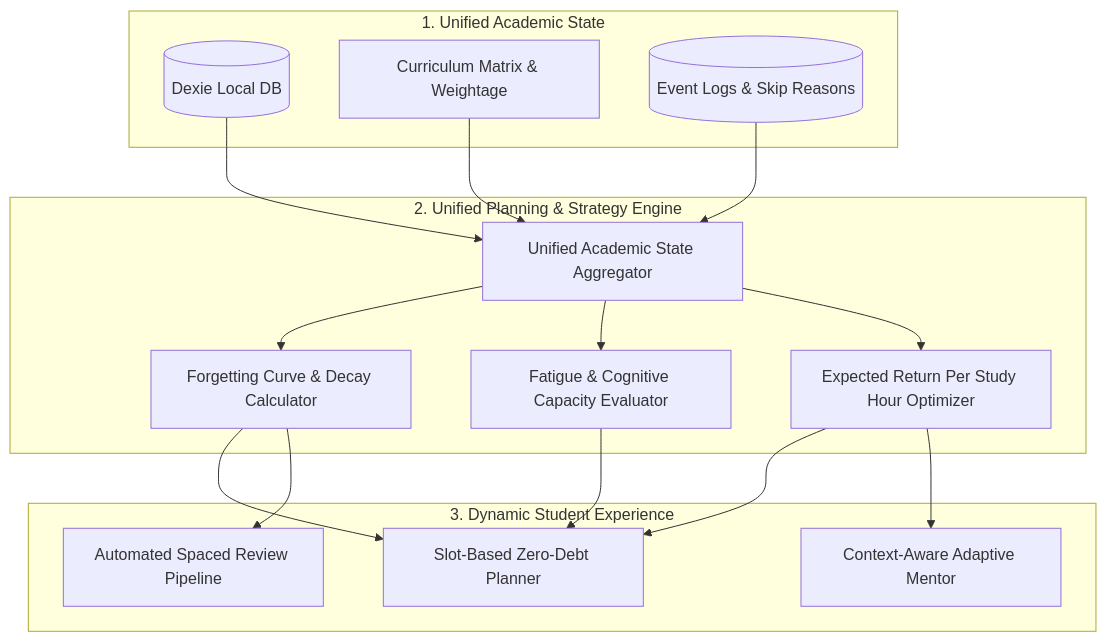
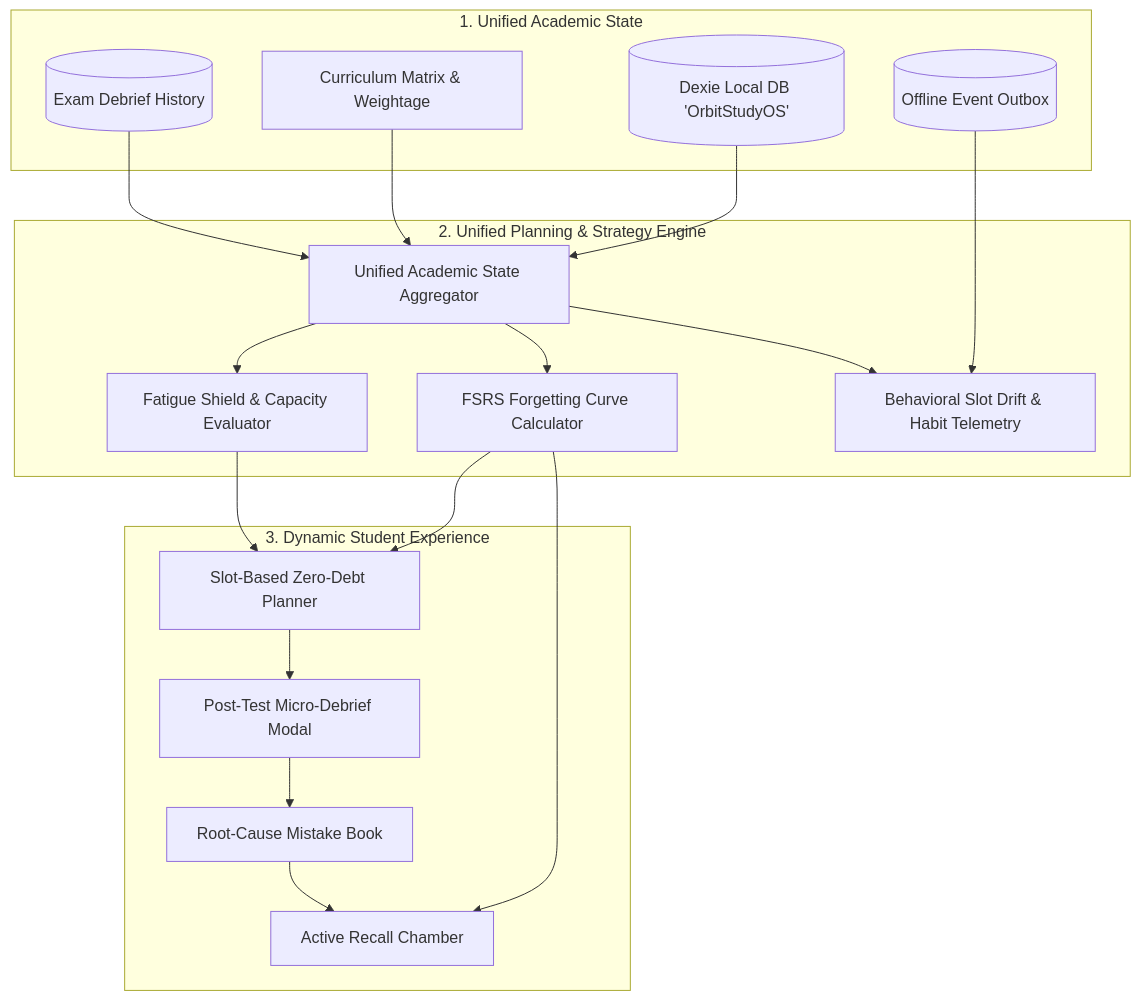
Before and after one commit to sky4infy/Orbit-web: the diagram in orbit_v2_architectural_audit.md, drawn with Mermaid. The commit also changed other lines of this file, not shown here.

Commit message:
docs: update architectural audit with Phase 7 telemetry, post-test debrief engine, and streak resilience

````diff
--- a/orbit_v2_architectural_audit.md
+++ b/orbit_v2_architectural_audit.md
@@ -84,35 +101,39 @@
 ```mermaid
 flowchart TD
     subgraph Data Layer [1. Unified Academic State]
-        DexieDB[(Dexie Local DB)]
+        DexieDB[(Dexie Local DB 'OrbitStudyOS')]
         Curriculum[Curriculum Matrix & Weightage]
-        Events[(Event Logs & Skip Reasons)]
+        Events[(Offline Event Outbox)]
+        TestAttempts[(Exam Debrief History)]
     end
 
     subgraph Intelligence Engine [2. Unified Planning & Strategy Engine]
         AcademicState[Unified Academic State Aggregator]
-        DecayModel[Forgetting Curve & Decay Calculator]
-        BurnoutGuard[Fatigue & Cognitive Capacity Evaluator]
-        ROIEngine[Expected Return Per Study Hour Optimizer]
+        DecayModel[FSRS Forgetting Curve Calculator]
+        BurnoutGuard[Fatigue Shield & Capacity Evaluator]
+        TelemetryEngine[Behavioral Slot Drift & Habit Telemetry]
     end
 
     subgraph Action Surfaces [3. Dynamic Student Experience]
         Planner[Slot-Based Zero-Debt Planner]
-        Mentor[Context-Aware Adaptive Mentor]
-        RevisionQueue[Automated Spaced Review Pipeline]
+        TestDebrief[Post-Test Micro-Debrief Modal]
+        MistakeVault[Root-Cause Mistake Book]
+        RevisionChamber[Active Recall Chamber]
     end
 
     DexieDB --> AcademicState
     Curriculum --> AcademicState
-    Events --> AcademicState
+    Events --> TelemetryEngine
+    TestAttempts --> AcademicState
 
     AcademicState --> DecayModel
     AcademicState --> BurnoutGuard
-    AcademicState --> ROIEngine
+    AcademicState --> TelemetryEngine
 
     DecayModel --> Planner
     BurnoutGuard --> Planner
-    ROIEngine --> Planner
-    ROIEngine --> Mentor
-    DecayModel --> RevisionQueue
+    DecayModel --> RevisionChamber
+    Planner --> TestDebrief
+    TestDebrief --> MistakeVault
+    MistakeVault --> RevisionChamber
 ```
````
